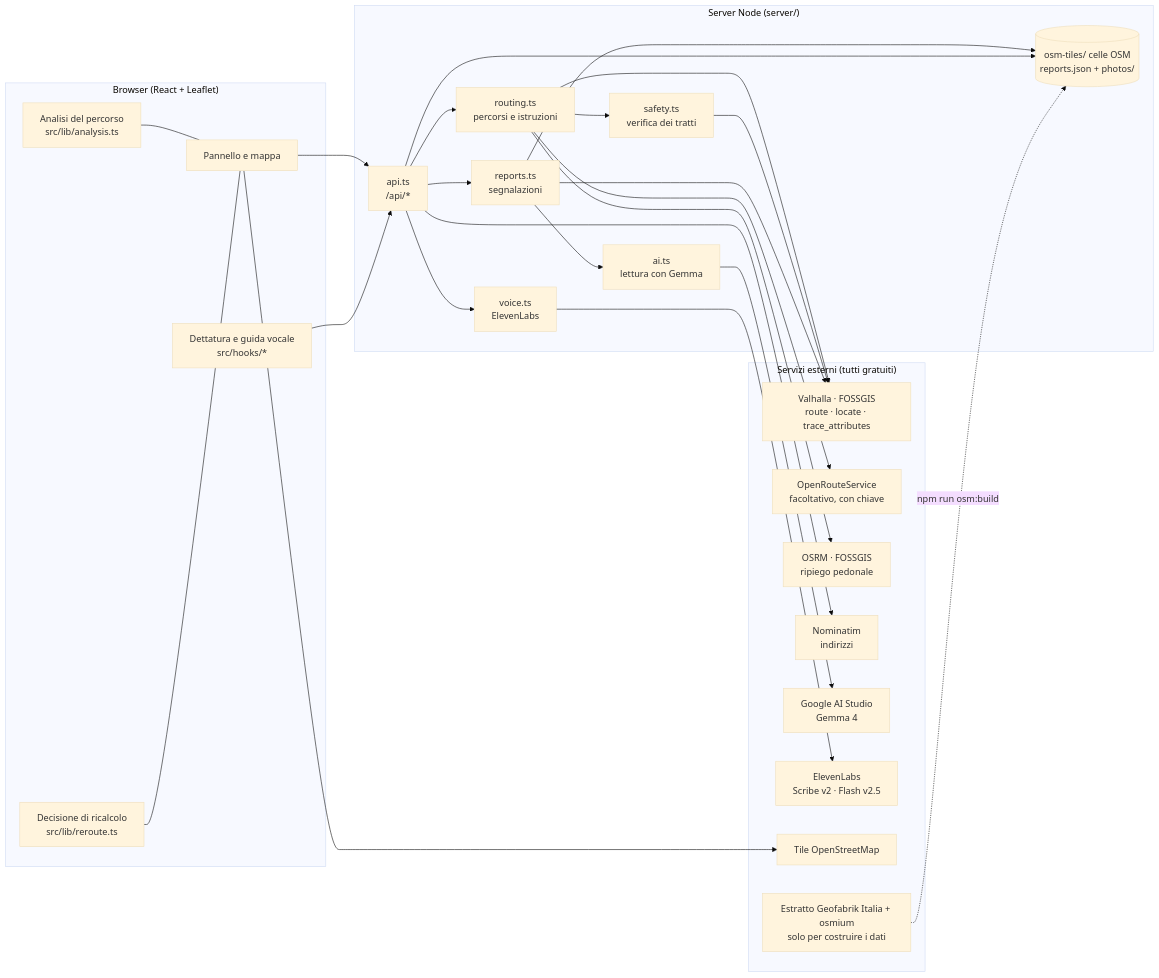
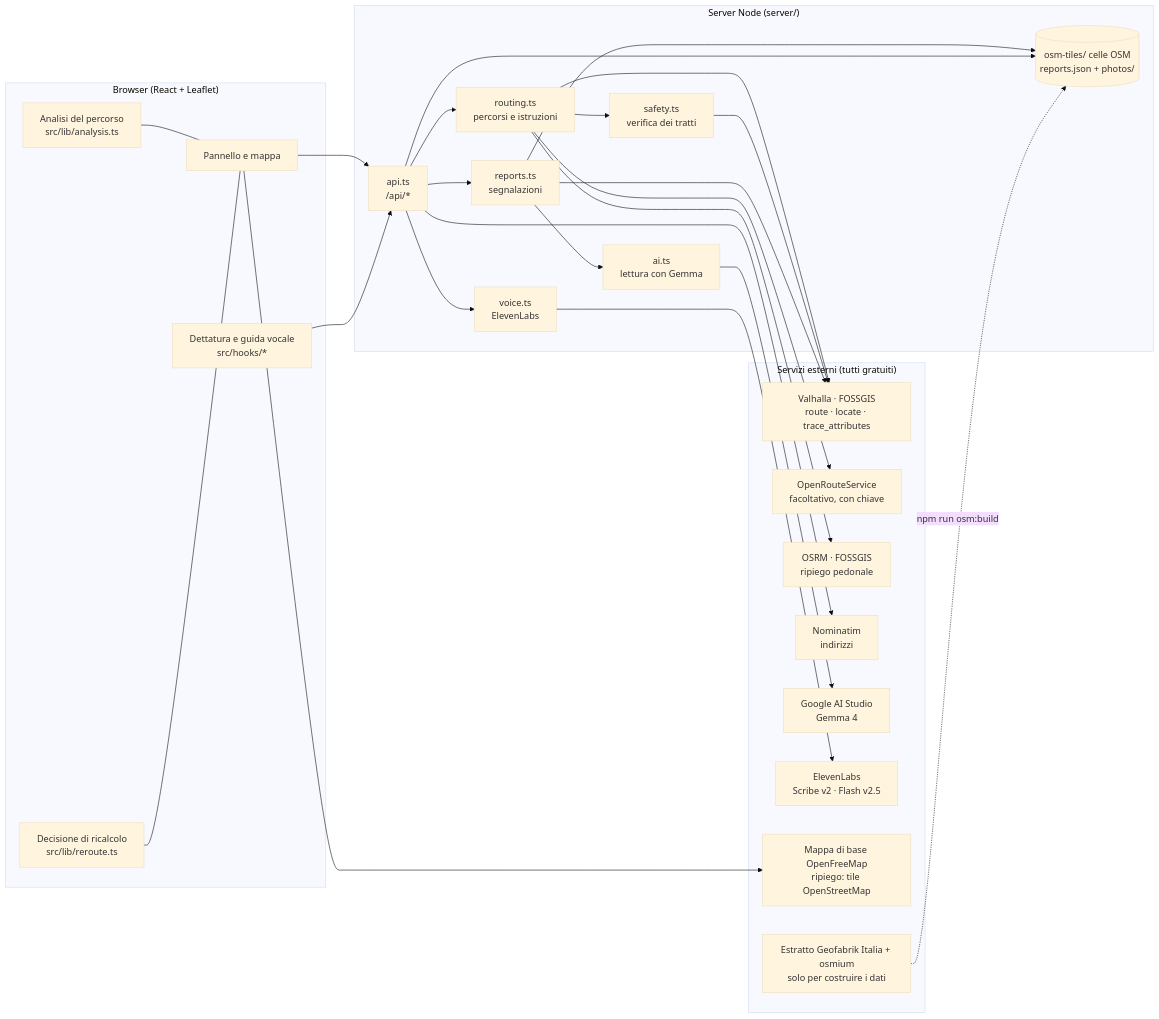
One commit to gixrda/openway changed the first of 4 diagrams in ARCHITECTURE.md. Above: the diagram before and after it, drawn with Mermaid (base theme). The commit also changed other lines of this file and 13 other files, not shown here.

First line of the commit message:
Mappa di base vettoriale: stile Liberty di OpenFreeMap, con ripiego raster

````diff
--- a/ARCHITECTURE.md
+++ b/ARCHITECTURE.md
@@ -7,48 +7,48 @@
 ```mermaid
 flowchart LR
   subgraph Browser["Browser (React + Leaflet)"]
     UI[Pannello e mappa]
     AN[Analisi del percorso<br/>src/lib/analysis.ts]
     RR[Decisione di ricalcolo<br/>src/lib/reroute.ts]
     VO[Dettatura e guida vocale<br/>src/hooks/*]
   end
 
   subgraph Server["Server Node (server/)"]
     API[api.ts<br/>/api/*]
     RT[routing.ts<br/>percorsi e istruzioni]
     SF[safety.ts<br/>verifica dei tratti]
     RP[reports.ts<br/>segnalazioni]
     AI[ai.ts<br/>lettura con Gemma]
     VC[voice.ts<br/>ElevenLabs]
     DATA[(osm-tiles/ celle OSM<br/>reports.json + photos/)]
   end
 
   subgraph Esterni["Servizi esterni (tutti gratuiti)"]
     VAL[Valhalla · FOSSGIS<br/>route · locate · trace_attributes]
     ORS[OpenRouteService<br/>facoltativo, con chiave]
     OSRM[OSRM · FOSSGIS<br/>ripiego pedonale]
     NOM[Nominatim<br/>indirizzi]
     GEM[Google AI Studio<br/>Gemma 4]
     EL[ElevenLabs<br/>Scribe v2 · Flash v2.5]
-    TILE[Tile OpenStreetMap]
+    TILE[Mappa di base OpenFreeMap<br/>ripiego: tile OpenStreetMap]
     OVP[Estratto Geofabrik Italia + osmium<br/>solo per costruire i dati]
   end
 
   UI --> API
   UI --> TILE
   AN --- UI
   RR --- UI
   VO --> API
   API --> RT --> SF
   RT --> VAL
   RT --> ORS
   RT --> OSRM
   SF --> VAL
   API --> NOM
   API --> RP --> AI --> GEM
   RP --> VAL
   API --> VC --> EL
   RP --> DATA
   API --> DATA
   OVP -. npm run osm:build .-> DATA
 ```
````
